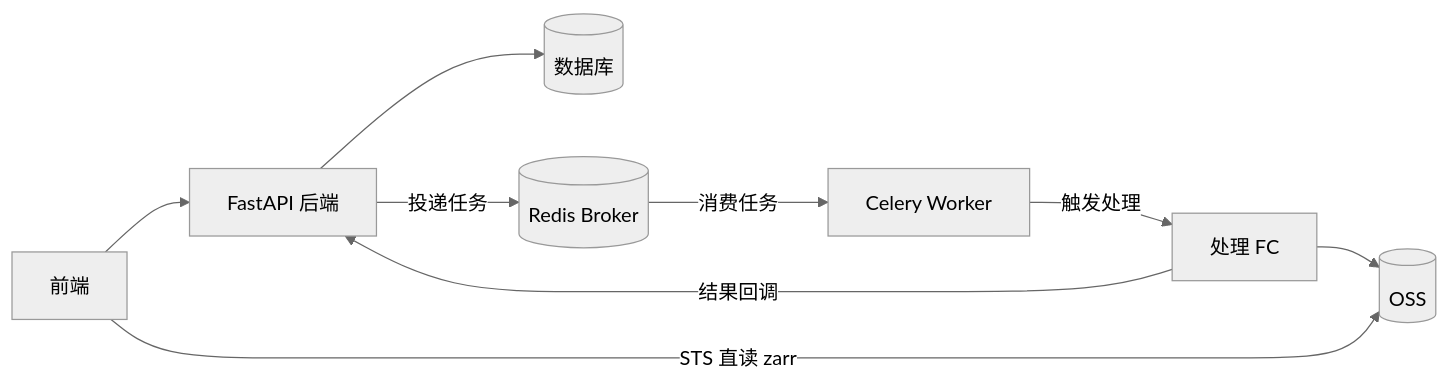
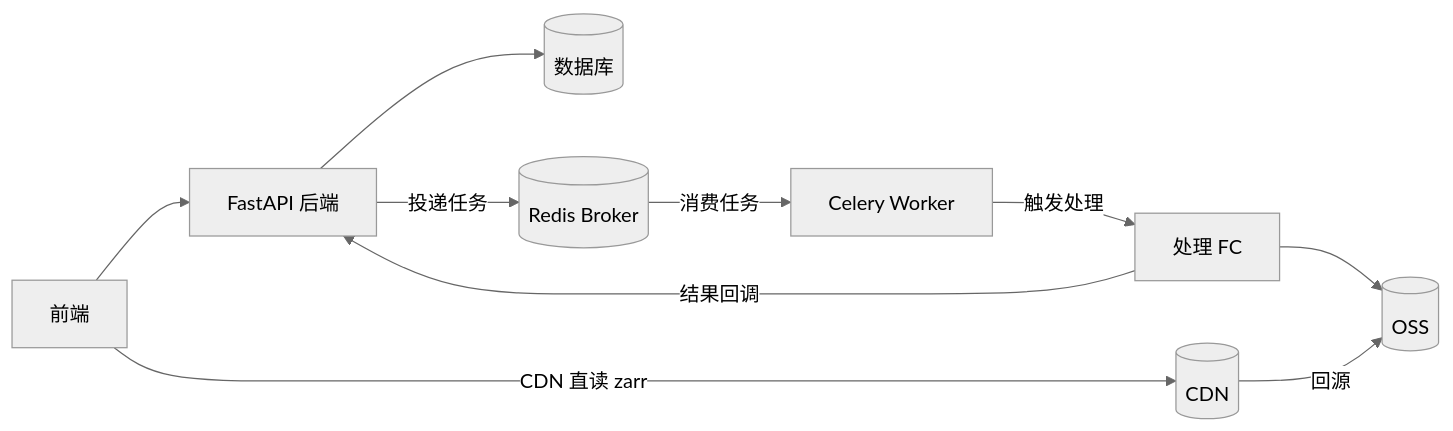
Before and after one commit to NeoNexusX/Kawaru: the first of 3 diagrams in docs/zh/核心业务API架构-算法处理.md, drawn with Mermaid (neutral theme). The commit also changed other lines of this file and 16 other files, not shown here.

Commit message:
feat: zarr 访问改为返回 CDN 根目录 URL，新增 oss_zarr_cdn_domain 配置并移除 zarr 专用 STS 签发逻辑

````diff
--- a/docs/zh/核心业务API架构-算法处理.md
+++ b/docs/zh/核心业务API架构-算法处理.md
@@ -19,11 +19,12 @@
 ```mermaid
 flowchart LR
     Frontend[前端] --> API[FastAPI 后端]
     API --> DB[(数据库)]
     API -- 投递任务 --> Broker[(Redis Broker)]
     Broker -- 消费任务 --> Worker[Celery Worker]
     Worker -- 触发处理 --> FC[处理 FC]
     FC --> OSS[(OSS)]
     FC -- 结果回调 --> API
-    Frontend -- STS 直读 zarr --> OSS
+    Frontend -- CDN 直读 zarr --> CDN[(CDN)]
+    CDN -- 回源 --> OSS
 ```
````
